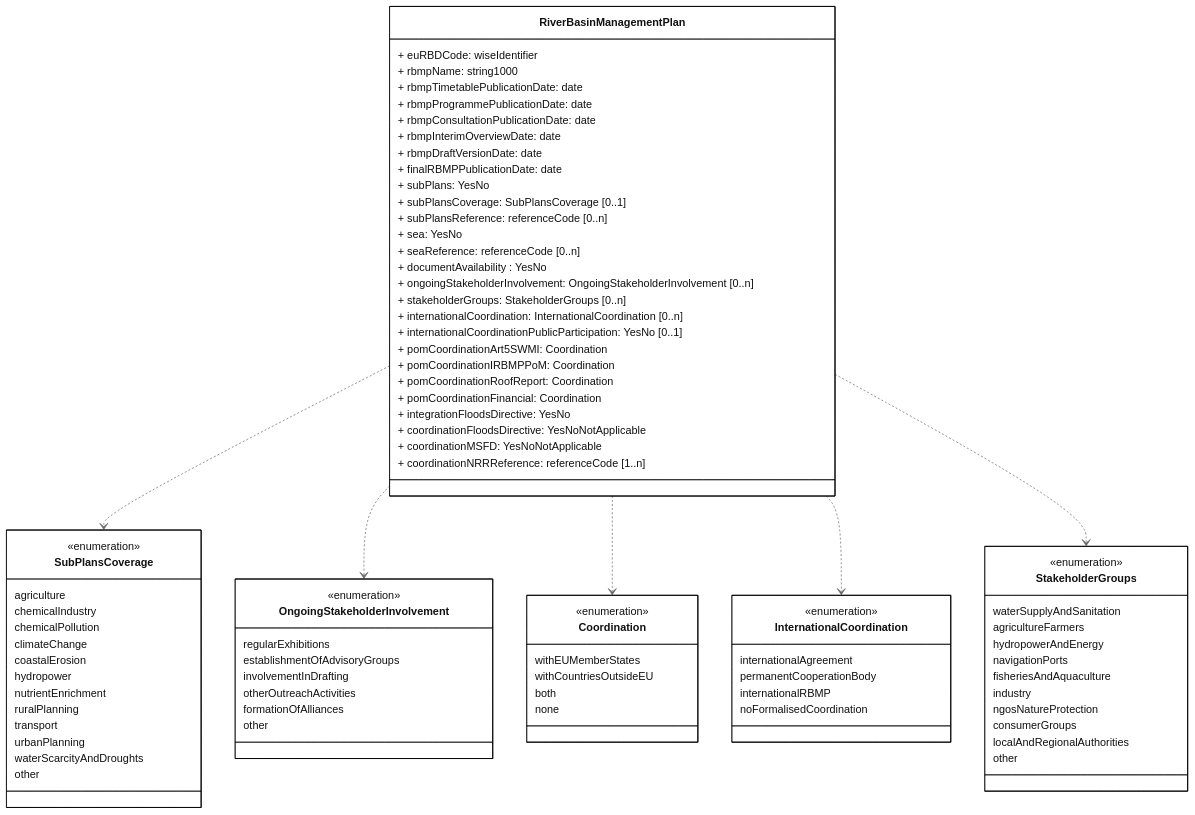
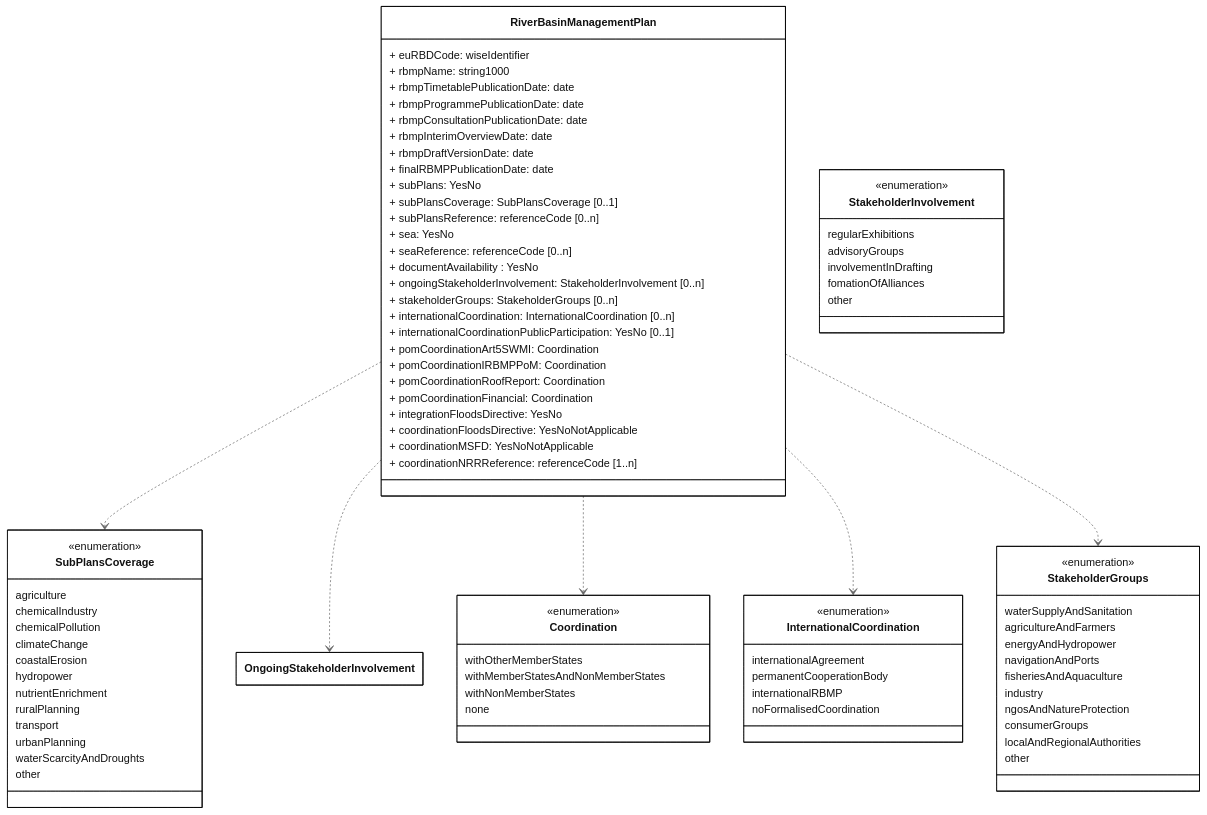
The diagram in docs/DataModelReview/mmd/Measures_4thCycle_RiverBasinManagementPlan_ClassDiagram.mmd (eeadata/WISE.WFD.Documentation), drawn with Mermaid before and after one commit. The commit also changed 2 other files, not shown here.

```diff
--- a/docs/DataModelReview/mmd/Measures_4thCycle_RiverBasinManagementPlan_ClassDiagram.mmd
+++ b/docs/DataModelReview/mmd/Measures_4thCycle_RiverBasinManagementPlan_ClassDiagram.mmd
@@ -1,111 +1,110 @@
 ---
 config:
   class:
     hideEmptyMembersBox: true
   layout: dagre
   theme: neutral
 ---
 classDiagram
 direction TB
 
 class RiverBasinManagementPlan{
 + euRBDCode:  wiseIdentifier
 + rbmpName: string1000
 
 + rbmpTimetablePublicationDate: date 
 + rbmpProgrammePublicationDate: date 
 + rbmpConsultationPublicationDate: date 
 + rbmpInterimOverviewDate: date 
 + rbmpDraftVersionDate: date 
 + finalRBMPPublicationDate: date 
 
 + subPlans: YesNo
 + subPlansCoverage: SubPlansCoverage [0..1]
 + subPlansReference: referenceCode [0..n]
 
 + sea: YesNo
 + seaReference: referenceCode [0..n]
 
 + documentAvailability : YesNo
 
-+ ongoingStakeholderInvolvement: OngoingStakeholderInvolvement [0..n]
++ ongoingStakeholderInvolvement: StakeholderInvolvement [0..n]
 + stakeholderGroups: StakeholderGroups [0..n]
 
 + internationalCoordination: InternationalCoordination [0..n]
 + internationalCoordinationPublicParticipation: YesNo [0..1]
 + pomCoordinationArt5SWMI: Coordination
 + pomCoordinationIRBMPPoM: Coordination
 + pomCoordinationRoofReport: Coordination
 + pomCoordinationFinancial: Coordination
 
 + integrationFloodsDirective: YesNo
 + coordinationFloodsDirective: YesNoNotApplicable
 + coordinationMSFD: YesNoNotApplicable
 
 + coordinationNRRReference: referenceCode [1..n]
 }
 
 class Coordination{
     <<enumeration>>
-    withEUMemberStates
-    withCountriesOutsideEU
-    both
+    withOtherMemberStates
+    withMemberStatesAndNonMemberStates
+    withNonMemberStates
     none
     }
 
 class InternationalCoordination{
     <<enumeration>>
     internationalAgreement
     permanentCooperationBody
     internationalRBMP
     noFormalisedCoordination
     }
 
-class OngoingStakeholderInvolvement{
+class StakeholderInvolvement{
     <<enumeration>>
     regularExhibitions
-    establishmentOfAdvisoryGroups
+    advisoryGroups
     involvementInDrafting
-    otherOutreachActivities
-    formationOfAlliances
+    fomationOfAlliances
     other
     }
 
 class SubPlansCoverage{
     <<enumeration>>
     agriculture
     chemicalIndustry
     chemicalPollution
     climateChange
     coastalErosion
     hydropower
     nutrientEnrichment
     ruralPlanning
     transport
     urbanPlanning
     waterScarcityAndDroughts
     other
     }
 
 class StakeholderGroups{
     <<enumeration>>
     waterSupplyAndSanitation
-    agricultureFarmers
-    hydropowerAndEnergy
-    navigationPorts
+    agricultureAndFarmers
+    energyAndHydropower
+    navigationAndPorts
     fisheriesAndAquaculture
     industry
-    ngosNatureProtection
+    ngosAndNatureProtection
     consumerGroups
-    localAndRegionalAuthorities
+    localAndRegionalAuthorities    
     other    
     }
 
 RiverBasinManagementPlan ..> SubPlansCoverage
 RiverBasinManagementPlan ..> OngoingStakeholderInvolvement
 RiverBasinManagementPlan ..> Coordination
 RiverBasinManagementPlan ..> InternationalCoordination
 RiverBasinManagementPlan ..> StakeholderGroups
 
 classDef default fill:white,stroke:#000;
 classDef forFixing fill:white,stroke:#f00;
```
